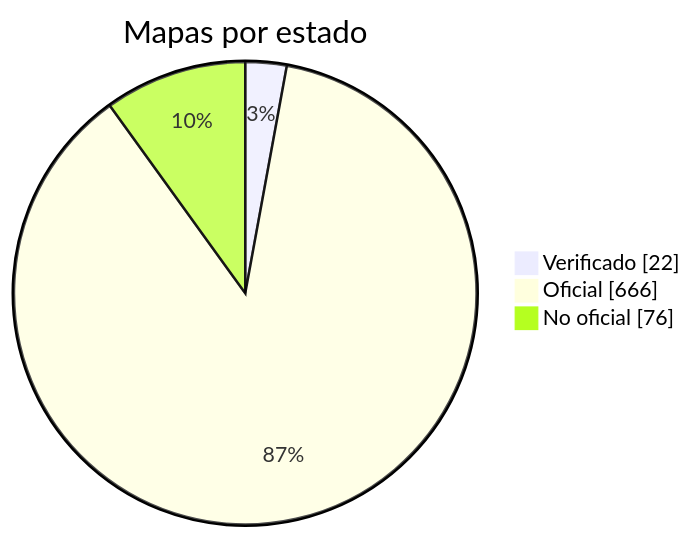
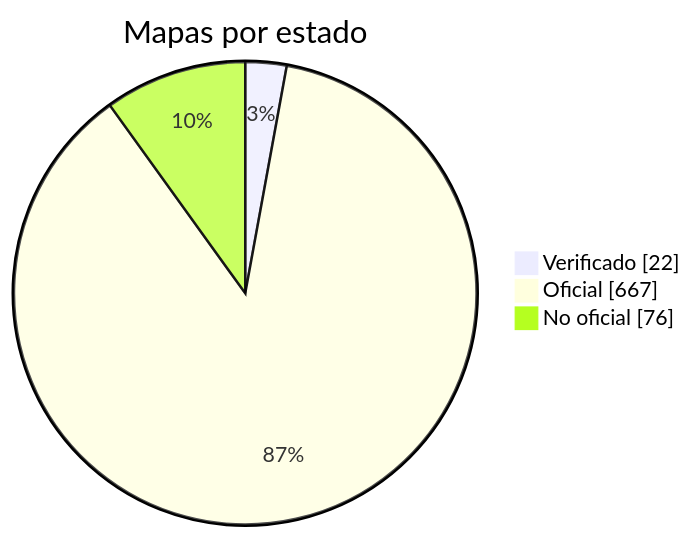
Before and after one commit to nobrega8/mbmap-library: the diagram in docs/readme/README_ES.md, drawn with Mermaid. The commit also changed 6 other files, not shown here.

Commit message:
Add EQUYSIS Ultra-TT ultrasonic flow meter map (closes #592) (#610)

````diff
--- a/docs/readme/README_ES.md
+++ b/docs/readme/README_ES.md
@@ -54,7 +54,7 @@
 ```mermaid
 pie showData
     title Mapas por estado
     "Verificado" : 22
-    "Oficial" : 666
+    "Oficial" : 667
     "No oficial" : 76
 ```
````
